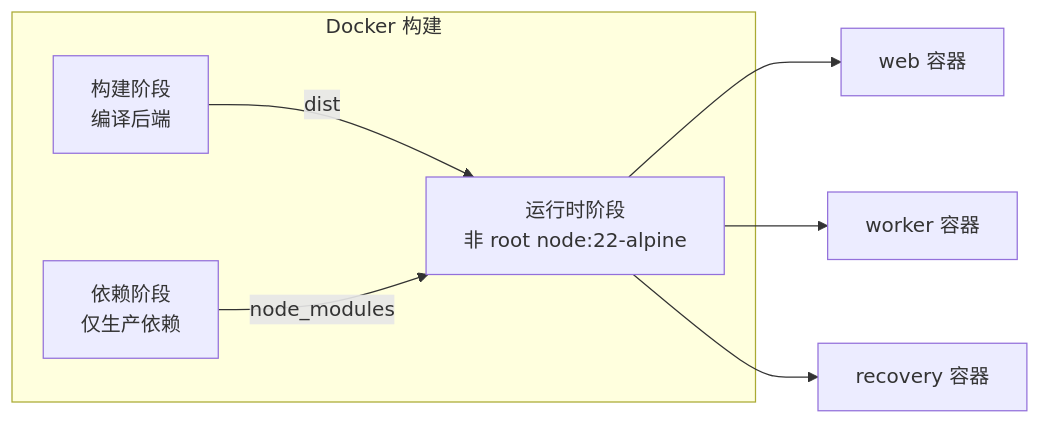
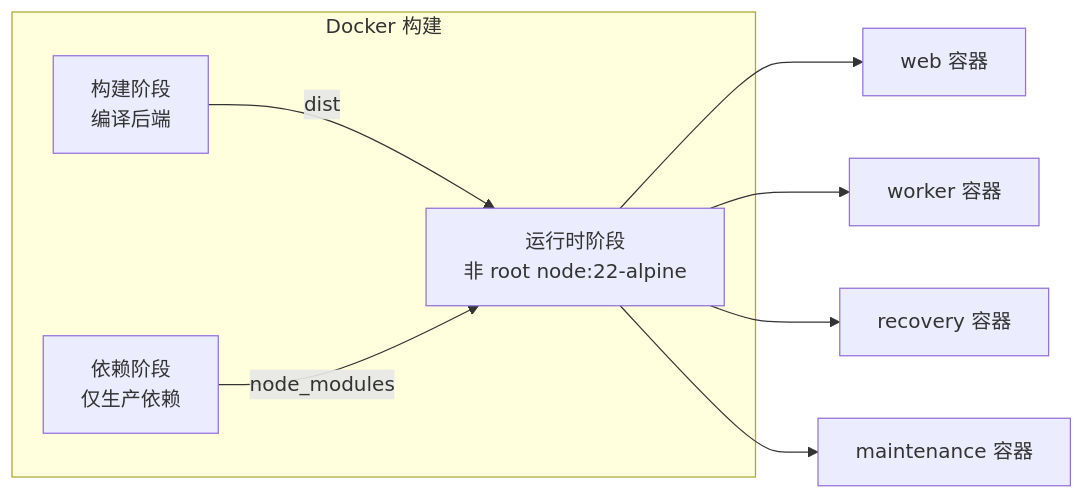
Before and after one commit to condevtools/pr-agent: the seventh of 8 diagrams in README-zh.md, drawn with Mermaid. The commit also changed other lines of this file and 69 other files, not shown here.

````diff
--- a/README-zh.md
+++ b/README-zh.md
@@ -581,13 +582,14 @@
 ```mermaid
 graph LR
     subgraph Docker 构建
         B1[构建阶段<br/>编译后端]
         B2[依赖阶段<br/>仅生产依赖]
         B3[运行时阶段<br/>非 root node:22-alpine]
         B1 -->|dist| B3
         B2 -->|node_modules| B3
     end
     B3 --> W[web 容器]
     B3 --> Q[worker 容器]
     B3 --> R[recovery 容器]
+    B3 --> M[maintenance 容器]
 ```
````
